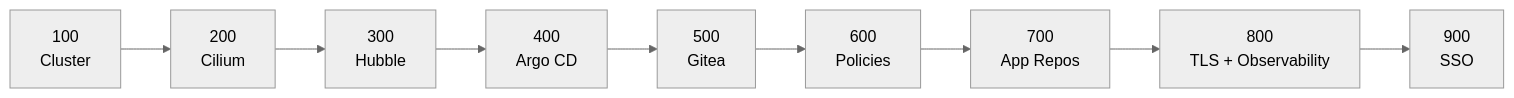
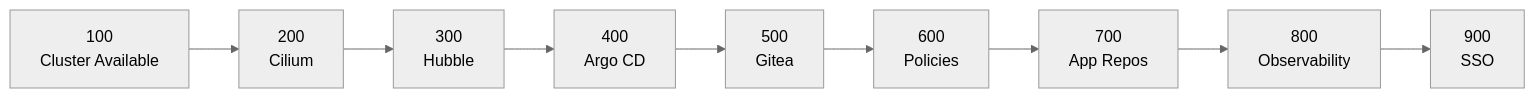
One commit to nickromney/platform changed the first of 10 diagrams in kubernetes/kind/README.md. Above: the diagram before and after it, drawn with Mermaid (neutral theme). The commit also changed other lines of this file and 538 other files, not shown here.

````diff
--- a/kubernetes/kind/README.md
+++ b/kubernetes/kind/README.md
@@ -127,11 +127,11 @@
 ```mermaid
 flowchart LR
-    s100["100<br/>Cluster"] --> s200["200<br/>Cilium"]
+    s100["100<br/>Cluster Available"] --> s200["200<br/>Cilium"]
     s200 --> s300["300<br/>Hubble"]
     s300 --> s400["400<br/>Argo CD"]
     s400 --> s500["500<br/>Gitea"]
     s500 --> s600["600<br/>Policies"]
     s600 --> s700["700<br/>App Repos"]
-    s700 --> s800["800<br/>TLS + Observability"]
+    s700 --> s800["800<br/>Observability"]
     s800 --> s900["900<br/>SSO"]
 ```
````
